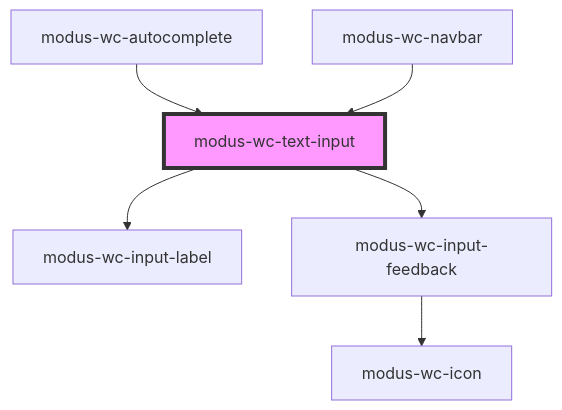
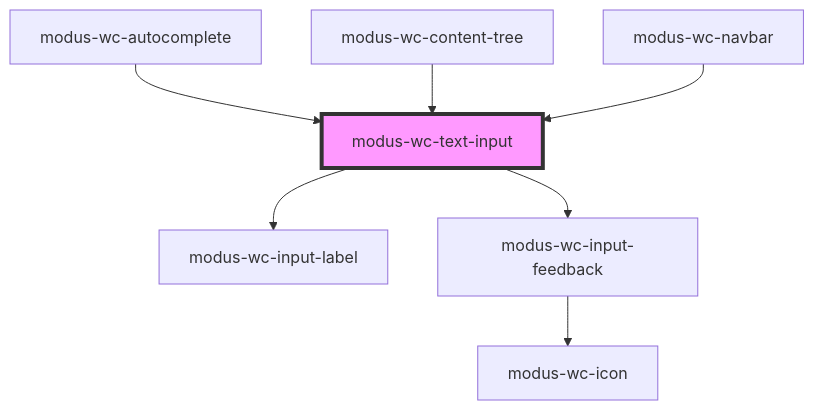
Before and after one commit to trimble-oss/modus-wc-2.0: the diagram in src/components/modus-wc-text-input/readme.md, drawn with Mermaid. The commit also changed other lines of this file and 10 other files, not shown here.

````diff
--- a/src/components/modus-wc-text-input/readme.md
+++ b/src/components/modus-wc-text-input/readme.md
@@ -65,9 +66,10 @@
 ```mermaid
 graph TD;
   modus-wc-text-input --> modus-wc-input-label
   modus-wc-text-input --> modus-wc-input-feedback
   modus-wc-input-feedback --> modus-wc-icon
   modus-wc-autocomplete --> modus-wc-text-input
+  modus-wc-content-tree --> modus-wc-text-input
   modus-wc-navbar --> modus-wc-text-input
   style modus-wc-text-input fill:#f9f,stroke:#333,stroke-width:4px
 ```
````
